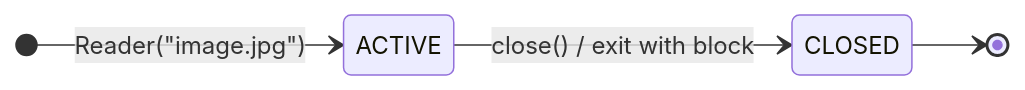
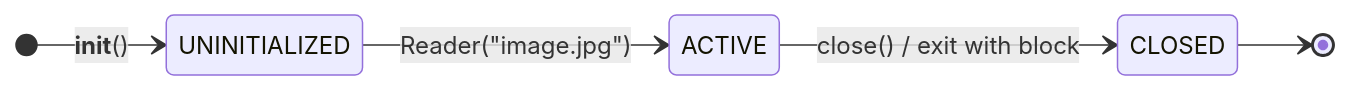
The third of 5 diagrams in docs/native-resources-management.md (contentauth/c2pa-python), drawn with Mermaid before and after one commit. The commit also changed other lines of this file, not shown here.

````diff
--- a/docs/native-resources-management.md
+++ b/docs/native-resources-management.md
@@ -152,7 +152,8 @@
 ```mermaid
 stateDiagram-v2
     direction LR
-    [*] --> ACTIVE : Reader("image.jpg")
+    [*] --> UNINITIALIZED : __init__()
+    UNINITIALIZED --> ACTIVE : Reader("image.jpg")
     ACTIVE --> CLOSED : close() / exit with block
     CLOSED --> [*]
 ```
````
